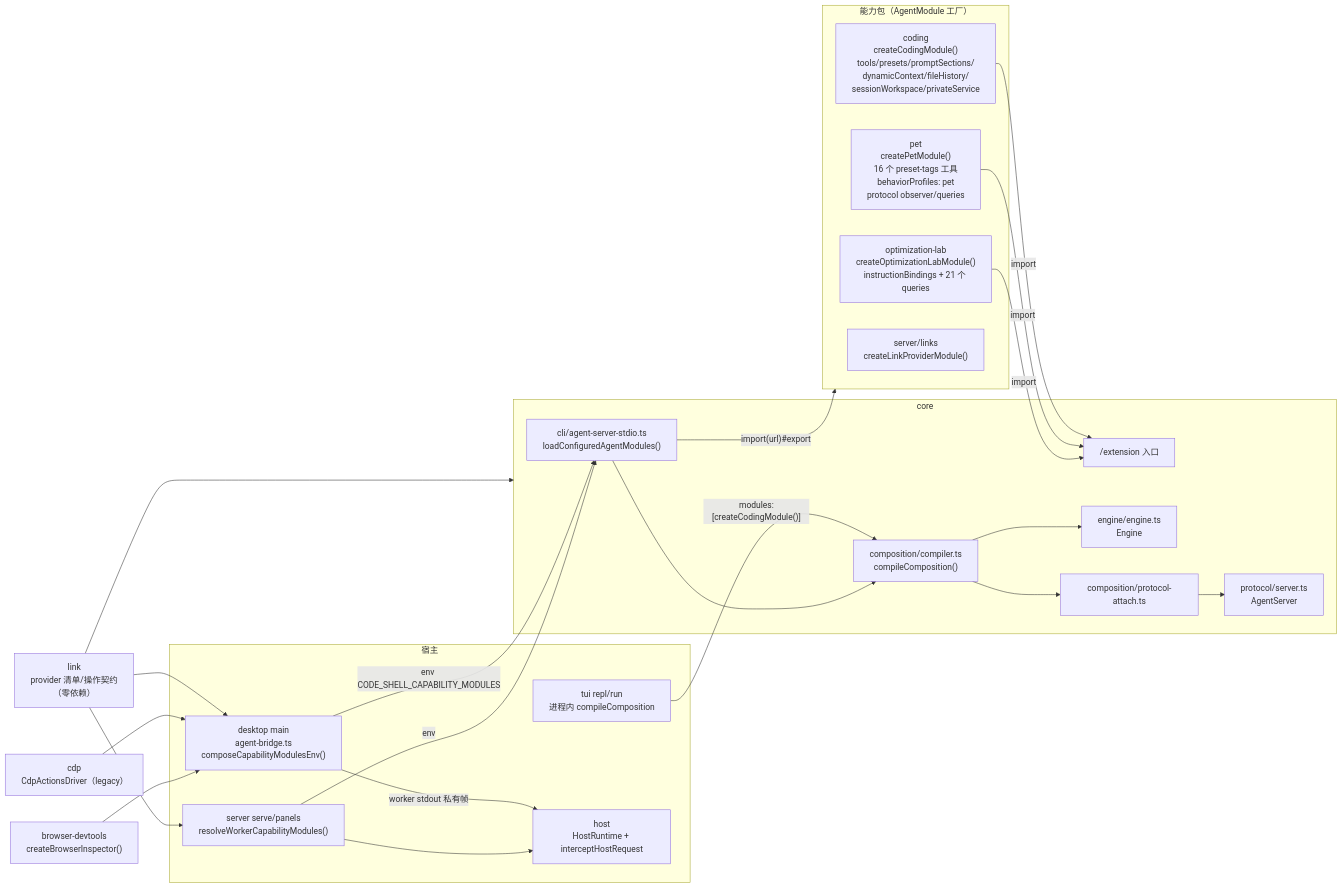
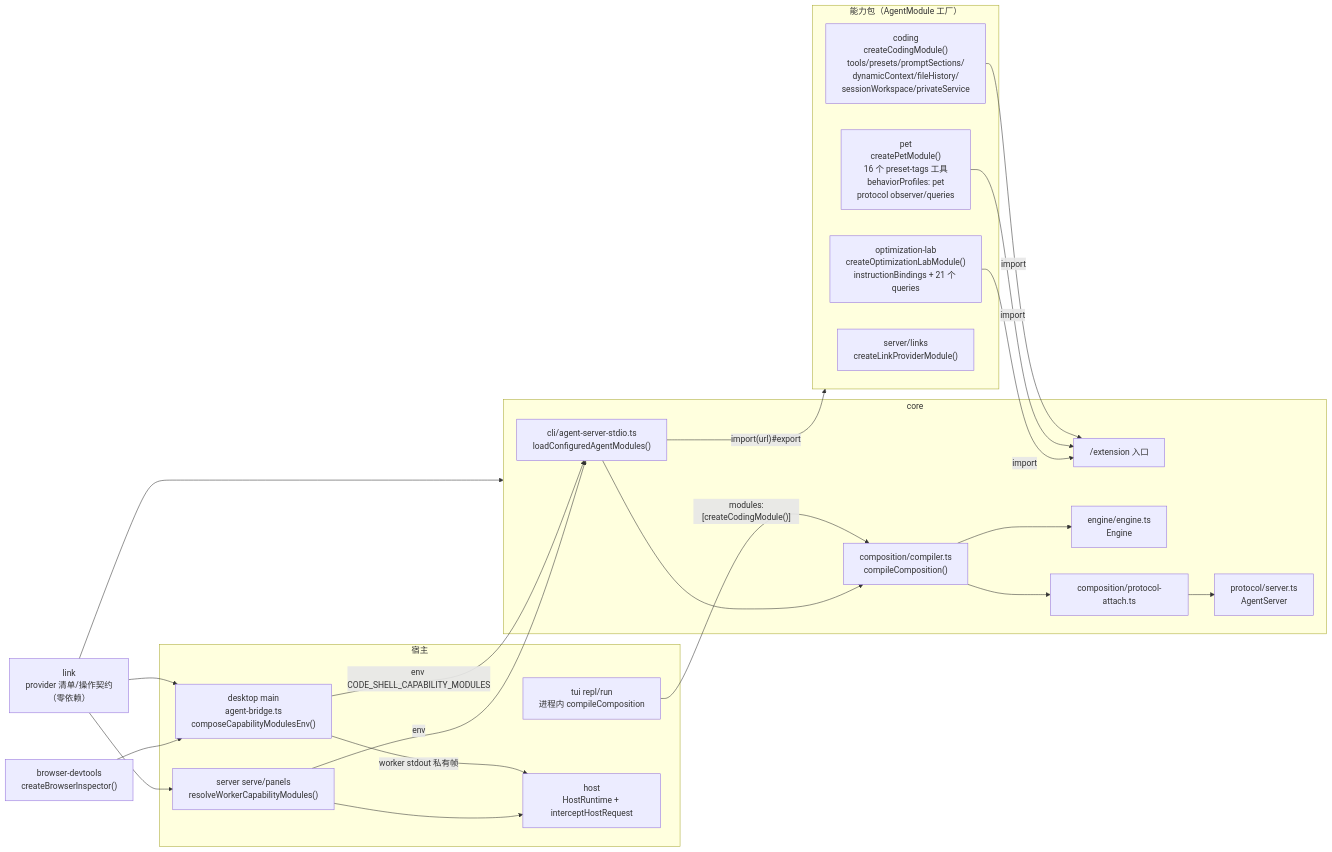
The diagram in docs/architecture/06-capability-packages.md (cjhyy/codeshell), drawn with Mermaid before and after one commit. The commit also changed other lines of this file and 44 other files, not shown here.

Commit message:
refactor(desktop): remove legacy CDP driver and workspace

````diff
--- a/docs/architecture/06-capability-packages.md
+++ b/docs/architecture/06-capability-packages.md
@@ -76,44 +76,42 @@
 ```mermaid
 graph LR
   subgraph Packs["能力包（AgentModule 工厂）"]
     coding["coding<br/>createCodingModule()<br/>tools/presets/promptSections/<br/>dynamicContext/fileHistory/<br/>sessionWorkspace/privateService"]
     pet["pet<br/>createPetModule()<br/>16 个 preset-tags 工具<br/>behaviorProfiles: pet<br/>protocol observer/queries"]
     olab["optimization-lab<br/>createOptimizationLabModule()<br/>instructionBindings + 21 个 queries"]
     links["server/links<br/>createLinkProviderModule()"]
   end
 
   subgraph Core["core"]
     ext["/extension 入口"]
     stdio["cli/agent-server-stdio.ts<br/>loadConfiguredAgentModules()"]
     comp["composition/compiler.ts<br/>compileComposition()"]
     eng["engine/engine.ts<br/>Engine"]
     srv["protocol/server.ts<br/>AgentServer"]
     attach["composition/protocol-attach.ts"]
   end
 
   subgraph Hosts["宿主"]
     desk["desktop main<br/>agent-bridge.ts<br/>composeCapabilityModulesEnv()"]
     serve["server serve/panels<br/>resolveWorkerCapabilityModules()"]
     tui["tui repl/run<br/>进程内 compileComposition"]
     hostpkg["host<br/>HostRuntime + interceptHostRequest"]
   end
 
   linkpkg["link<br/>provider 清单/操作契约<br/>（零依赖）"]
-  cdp["cdp<br/>CdpActionsDriver（legacy）"]
   bdt["browser-devtools<br/>createBrowserInspector()"]
 
   coding & pet & olab -->|import| ext
   desk -->|"env CODE_SHELL_CAPABILITY_MODULES"| stdio
   serve -->|env| stdio
   tui -->|"modules:[createCodingModule()]"| comp
   stdio -->|"import(url)#export"| Packs
   stdio --> comp
   comp --> eng
   comp --> attach --> srv
   desk -->|worker stdout 私有帧| hostpkg
   serve --> hostpkg
   linkpkg --> Core
   linkpkg --> desk & serve
-  cdp --> desk
   bdt --> desk
 ```
````
